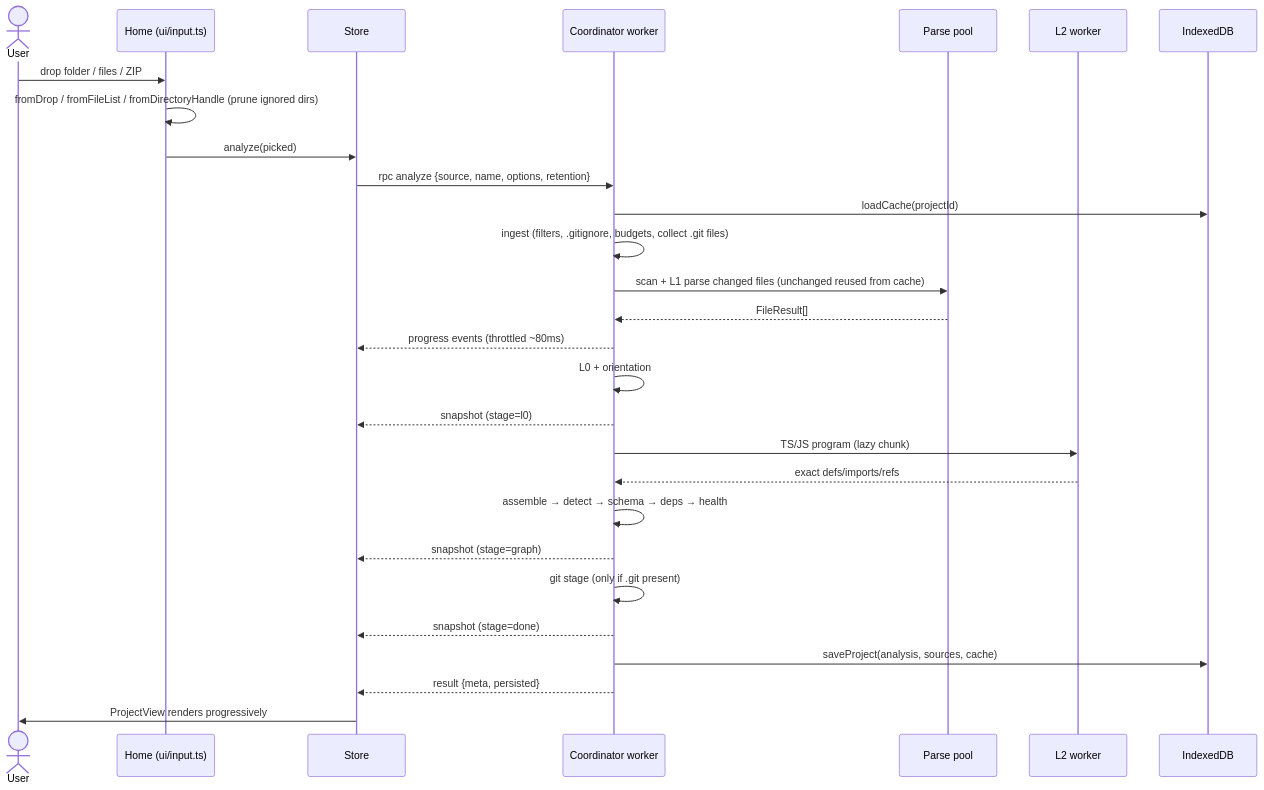
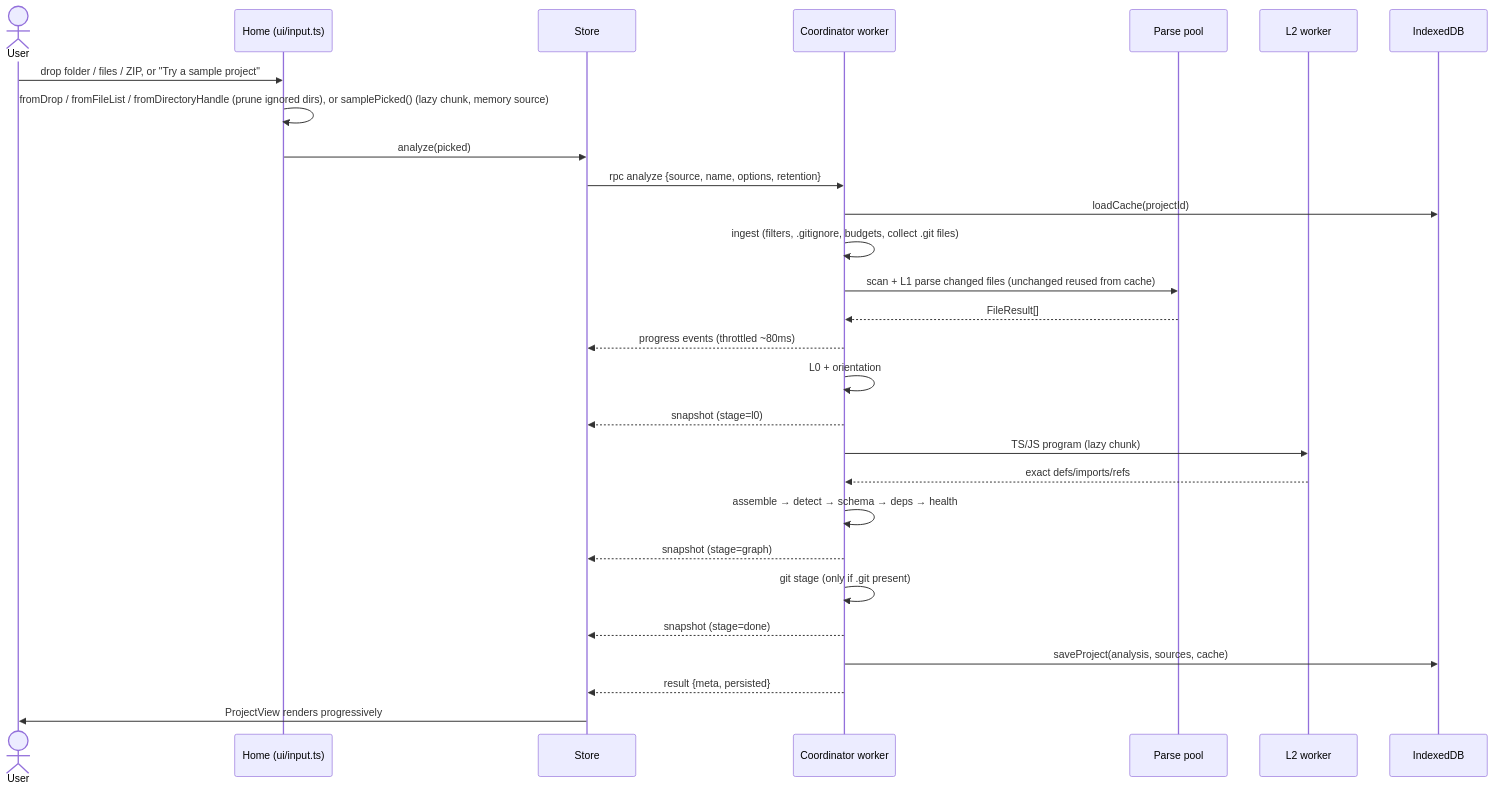
The first of 2 diagrams in docs/FLOWS.md (iamrishit8/c-ray), drawn with Mermaid before and after one commit. The commit also changed other lines of this file and 39 other files, not shown here.

First line of the commit message:
U2: views restyled, Home + sample project, rename to imex, responsive, keyboard, contrast (slice 4)

````diff
--- a/docs/FLOWS.md
+++ b/docs/FLOWS.md
@@ -7,31 +7,31 @@
 ```mermaid
 sequenceDiagram
   actor U as User
   participant H as Home (ui/input.ts)
   participant S as Store
   participant C as Coordinator worker
   participant P as Parse pool
   participant L2 as L2 worker
   participant DB as IndexedDB
 
-  U->>H: drop folder / files / ZIP
-  H->>H: fromDrop / fromFileList / fromDirectoryHandle (prune ignored dirs)
+  U->>H: drop folder / files / ZIP, or "Try a sample project"
+  H->>H: fromDrop / fromFileList / fromDirectoryHandle (prune ignored dirs), or samplePicked() (lazy chunk, memory source)
   H->>S: analyze(picked)
   S->>C: rpc analyze {source, name, options, retention}
   C->>DB: loadCache(projectId)
   C->>C: ingest (filters, .gitignore, budgets, collect .git files)
   C->>P: scan + L1 parse changed files (unchanged reused from cache)
   P-->>C: FileResult[]
   C-->>S: progress events (throttled ~80ms)
   C->>C: L0 + orientation
   C-->>S: snapshot (stage=l0)
   C->>L2: TS/JS program (lazy chunk)
   L2-->>C: exact defs/imports/refs
   C->>C: assemble → detect → schema → deps → health
   C-->>S: snapshot (stage=graph)
   C->>C: git stage (only if .git present)
   C-->>S: snapshot (stage=done)
   C->>DB: saveProject(analysis, sources, cache)
   C-->>S: result {meta, persisted}
   S->>U: ProjectView renders progressively
 ```
````
